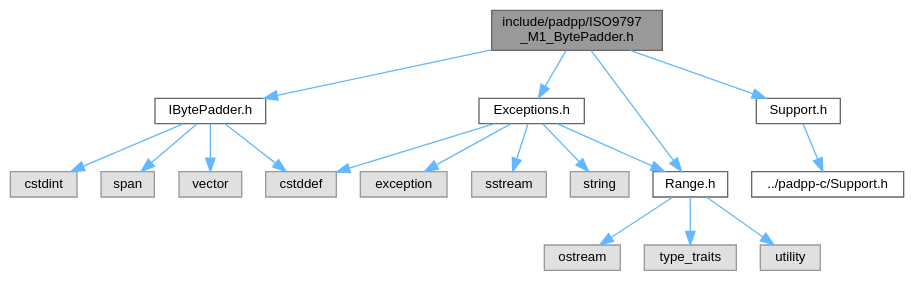
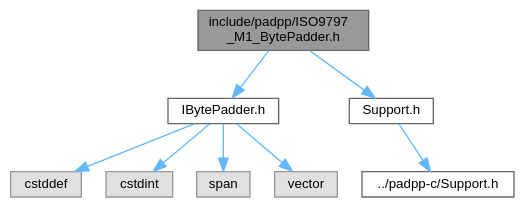
The diagram in docs/d7/daa/padpp_2ISO9797__M1__BytePadder_8h__incl.dot (reslaid32/padpp), drawn with Graphviz before and after one commit. The commit also changed 109 other files, not shown here.

```diff
--- a/docs/d7/daa/padpp_2ISO9797__M1__BytePadder_8h__incl.dot
+++ b/docs/d7/daa/padpp_2ISO9797__M1__BytePadder_8h__incl.dot
@@ -1,40 +1,22 @@
 digraph "include/padpp/ISO9797_M1_BytePadder.h"
 {
  // LATEX_PDF_SIZE
   bgcolor="transparent";
   edge [fontname=Helvetica,fontsize=10,labelfontname=Helvetica,labelfontsize=10];
   node [fontname=Helvetica,fontsize=10,shape=box,height=0.2,width=0.4];
-  Node1 [id="Node000001",label="include/padpp/ISO9797\l_M1_BytePadder.h",height=0.2,width=0.4,color="gray40", fillcolor="grey60", style="filled", fontcolor="black",tooltip=" "];
+  Node1 [id="Node000001",label="include/padpp/ISO9797\l_M1_BytePadder.h",height=0.2,width=0.4,color="gray40", fillcolor="grey60", style="filled", fontcolor="black",tooltip="C++ implementation of the ISO/IEC 9797-1 Padding Method 1 (M1)."];
   Node1 -> Node2 [id="edge1_Node000001_Node000002",color="steelblue1",style="solid",tooltip=" "];
-  Node2 [id="Node000002",label="Exceptions.h",height=0.2,width=0.4,color="grey40", fillcolor="white", style="filled",URL="$df/d7c/Exceptions_8h.html",tooltip=" "];
+  Node2 [id="Node000002",label="IBytePadder.h",height=0.2,width=0.4,color="grey40", fillcolor="white", style="filled",URL="$d0/d0b/IBytePadder_8h.html",tooltip="Interface for all byte-oriented padding strategies in padpp."];
   Node2 -> Node3 [id="edge2_Node000002_Node000003",color="steelblue1",style="solid",tooltip=" "];
   Node3 [id="Node000003",label="cstddef",height=0.2,width=0.4,color="grey60", fillcolor="#E0E0E0", style="filled",tooltip=" "];
   Node2 -> Node4 [id="edge3_Node000002_Node000004",color="steelblue1",style="solid",tooltip=" "];
-  Node4 [id="Node000004",label="exception",height=0.2,width=0.4,color="grey60", fillcolor="#E0E0E0", style="filled",tooltip=" "];
+  Node4 [id="Node000004",label="cstdint",height=0.2,width=0.4,color="grey60", fillcolor="#E0E0E0", style="filled",tooltip=" "];
   Node2 -> Node5 [id="edge4_Node000002_Node000005",color="steelblue1",style="solid",tooltip=" "];
-  Node5 [id="Node000005",label="sstream",height=0.2,width=0.4,color="grey60", fillcolor="#E0E0E0", style="filled",tooltip=" "];
+  Node5 [id="Node000005",label="span",height=0.2,width=0.4,color="grey60", fillcolor="#E0E0E0", style="filled",tooltip=" "];
   Node2 -> Node6 [id="edge5_Node000002_Node000006",color="steelblue1",style="solid",tooltip=" "];
-  Node6 [id="Node000006",label="string",height=0.2,width=0.4,color="grey60", fillcolor="#E0E0E0", style="filled",tooltip=" "];
-  Node2 -> Node7 [id="edge6_Node000002_Node000007",color="steelblue1",style="solid",tooltip=" "];
-  Node7 [id="Node000007",label="Range.h",height=0.2,width=0.4,color="grey40", fillcolor="white", style="filled",URL="$d9/db6/Range_8h.html",tooltip=" "];
+  Node6 [id="Node000006",label="vector",height=0.2,width=0.4,color="grey60", fillcolor="#E0E0E0", style="filled",tooltip=" "];
+  Node1 -> Node7 [id="edge6_Node000001_Node000007",color="steelblue1",style="solid",tooltip=" "];
+  Node7 [id="Node000007",label="Support.h",height=0.2,width=0.4,color="grey40", fillcolor="white", style="filled",URL="$db/d3d/padpp_2Support_8h.html",tooltip=" "];
   Node7 -> Node8 [id="edge7_Node000007_Node000008",color="steelblue1",style="solid",tooltip=" "];
-  Node8 [id="Node000008",label="ostream",height=0.2,width=0.4,color="grey60", fillcolor="#E0E0E0", style="filled",tooltip=" "];
-  Node7 -> Node9 [id="edge8_Node000007_Node000009",color="steelblue1",style="solid",tooltip=" "];
-  Node9 [id="Node000009",label="type_traits",height=0.2,width=0.4,color="grey60", fillcolor="#E0E0E0", style="filled",tooltip=" "];
-  Node7 -> Node10 [id="edge9_Node000007_Node000010",color="steelblue1",style="solid",tooltip=" "];
-  Node10 [id="Node000010",label="utility",height=0.2,width=0.4,color="grey60", fillcolor="#E0E0E0", style="filled",tooltip=" "];
-  Node1 -> Node11 [id="edge10_Node000001_Node000011",color="steelblue1",style="solid",tooltip=" "];
-  Node11 [id="Node000011",label="IBytePadder.h",height=0.2,width=0.4,color="grey40", fillcolor="white", style="filled",URL="$d0/d0b/IBytePadder_8h.html",tooltip=" "];
-  Node11 -> Node3 [id="edge11_Node000011_Node000003",color="steelblue1",style="solid",tooltip=" "];
-  Node11 -> Node12 [id="edge12_Node000011_Node000012",color="steelblue1",style="solid",tooltip=" "];
-  Node12 [id="Node000012",label="cstdint",height=0.2,width=0.4,color="grey60", fillcolor="#E0E0E0", style="filled",tooltip=" "];
-  Node11 -> Node13 [id="edge13_Node000011_Node000013",color="steelblue1",style="solid",tooltip=" "];
-  Node13 [id="Node000013",label="span",height=0.2,width=0.4,color="grey60", fillcolor="#E0E0E0", style="filled",tooltip=" "];
-  Node11 -> Node14 [id="edge14_Node000011_Node000014",color="steelblue1",style="solid",tooltip=" "];
-  Node14 [id="Node000014",label="vector",height=0.2,width=0.4,color="grey60", fillcolor="#E0E0E0", style="filled",tooltip=" "];
-  Node1 -> Node7 [id="edge15_Node000001_Node000007",color="steelblue1",style="solid",tooltip=" "];
-  Node1 -> Node15 [id="edge16_Node000001_Node000015",color="steelblue1",style="solid",tooltip=" "];
-  Node15 [id="Node000015",label="Support.h",height=0.2,width=0.4,color="grey40", fillcolor="white", style="filled",URL="$db/d3d/padpp_2Support_8h.html",tooltip=" "];
-  Node15 -> Node16 [id="edge17_Node000015_Node000016",color="steelblue1",style="solid",tooltip=" "];
-  Node16 [id="Node000016",label="../padpp-c/Support.h",height=0.2,width=0.4,color="grey40", fillcolor="white", style="filled",URL="$d9/d97/padpp-c_2Support_8h.html",tooltip=" "];
+  Node8 [id="Node000008",label="../padpp-c/Support.h",height=0.2,width=0.4,color="grey40", fillcolor="white", style="filled",URL="$d9/d97/padpp-c_2Support_8h.html",tooltip=" "];
 }
```
